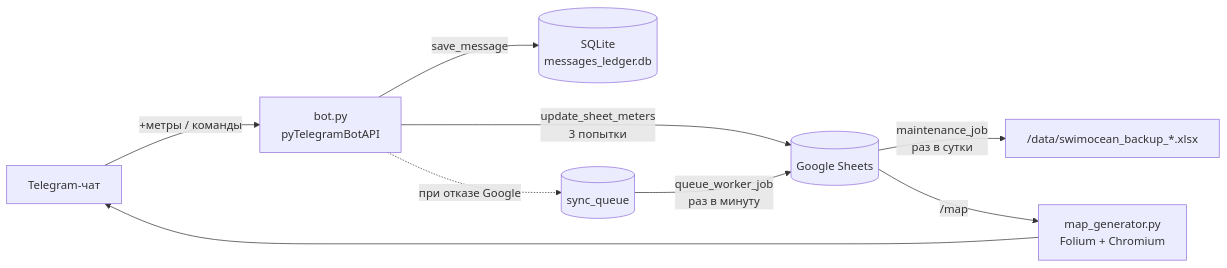
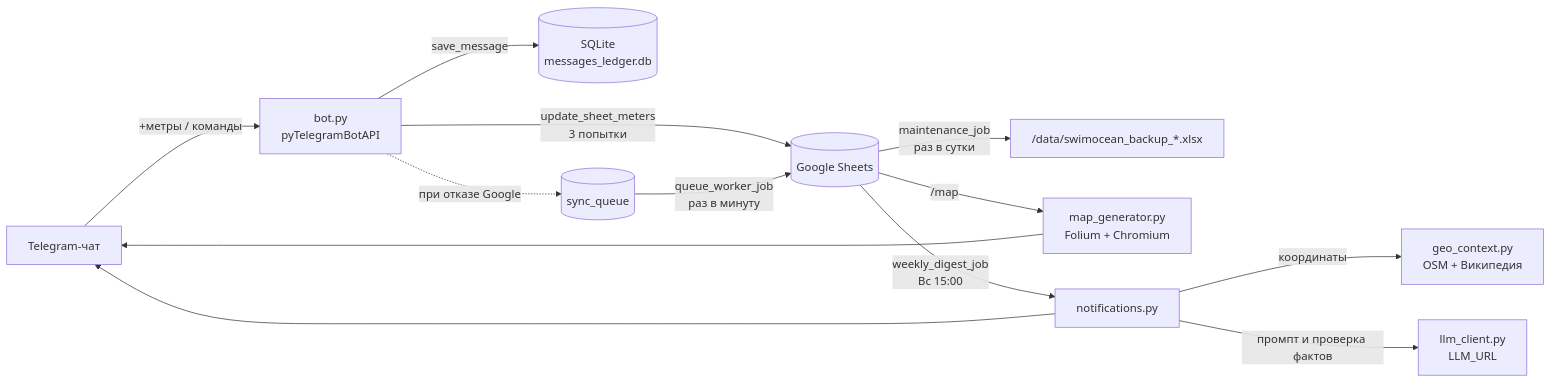
The diagram in README.md (stalker7521/SwimOceanBot), drawn with Mermaid before and after one commit. The commit also changed other lines of this file and 12 other files, not shown here.

````diff
--- a/README.md
+++ b/README.md
@@ -59,10 +70,14 @@
 ```mermaid
 flowchart LR
     TG[Telegram-чат] -->|"+метры / команды"| BOT[bot.py<br/>pyTelegramBotAPI]
     BOT -->|"save_message"| SQL[(SQLite<br/>messages_ledger.db)]
     BOT -->|"update_sheet_meters<br/>3 попытки"| GS[(Google Sheets)]
     BOT -.->|"при отказе Google"| Q[(sync_queue)]
     Q -->|"queue_worker_job<br/>раз в минуту"| GS
     GS -->|"maintenance_job<br/>раз в сутки"| BK["/data/swimocean_backup_*.xlsx"]
     GS -->|"/map"| MAP[map_generator.py<br/>Folium + Chromium] --> TG
+    GS -->|"weekly_digest_job<br/>Вс 15:00"| NT[notifications.py]
+    NT -->|"координаты"| GEO[geo_context.py<br/>OSM + Википедия]
+    NT -->|"промпт и проверка фактов"| LLM[llm_client.py<br/>LLM_URL]
+    NT --> TG
 ```
````
